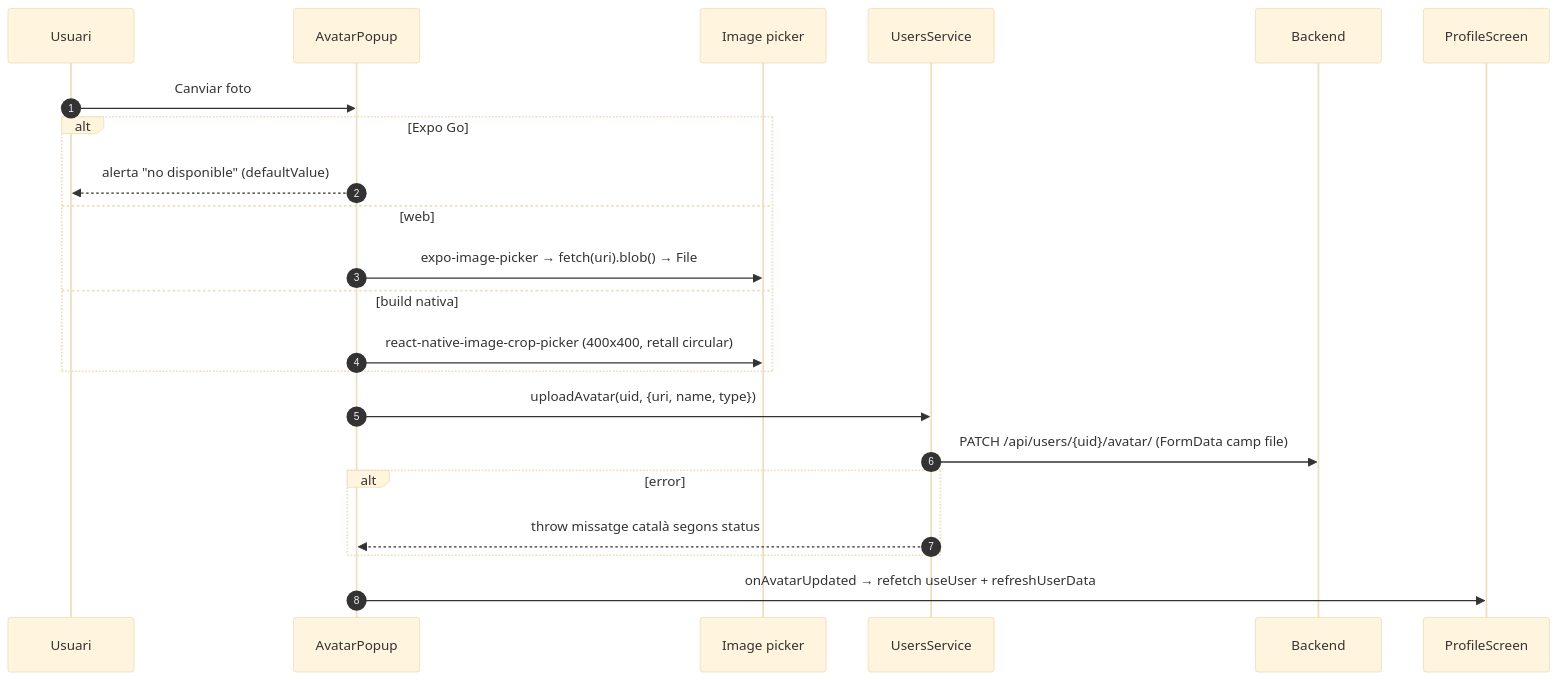
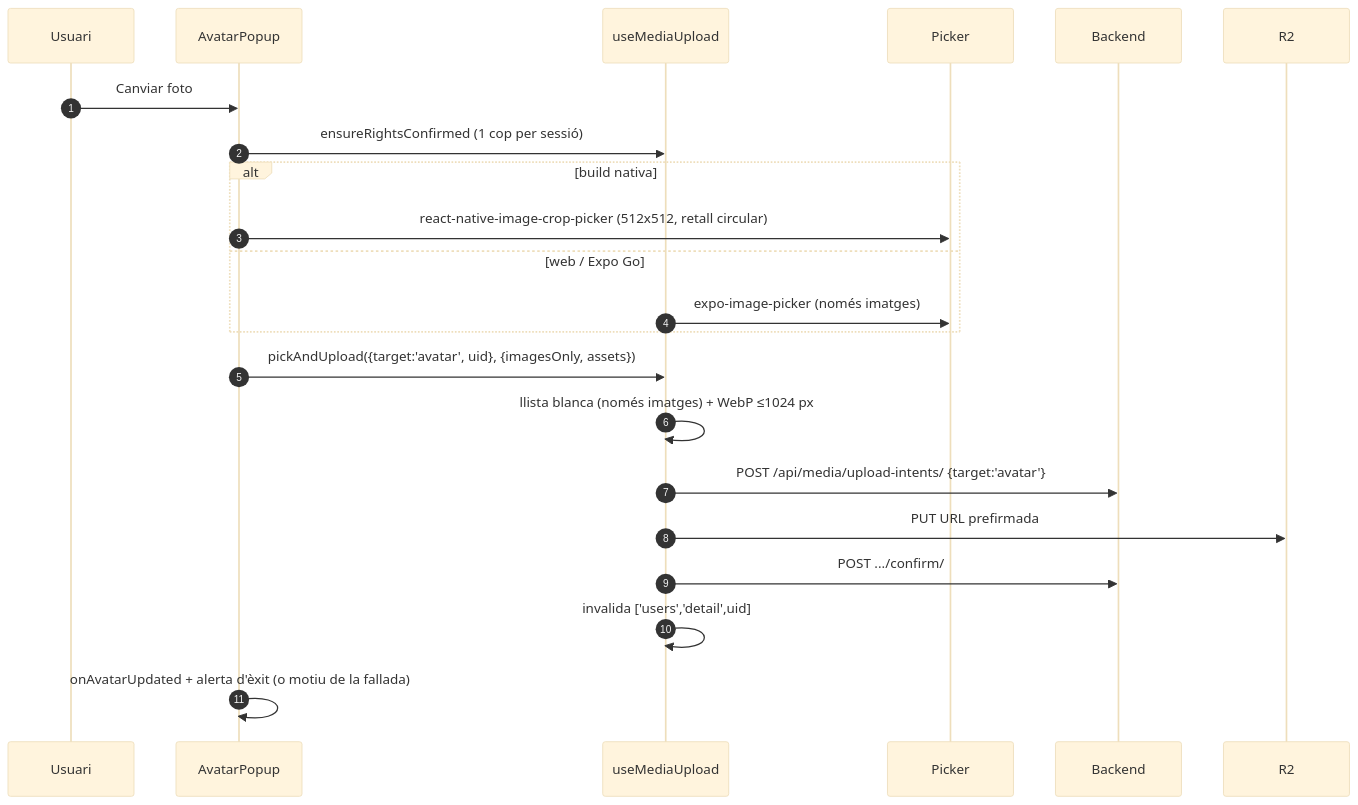
Before and after one commit to jordirev/RefugisLliures_Frontend: the first of 2 diagrams in docs/flows/03-profile-settings-account.md, drawn with Mermaid (base theme). The commit also changed other lines of this file and 9 other files, not shown here.

Commit message:
docs(images): fluxos 01/03/09/11, backend-api, experience-service, gotchas, deute i arquitectura

````diff
--- a/docs/flows/03-profile-settings-account.md
+++ b/docs/flows/03-profile-settings-account.md
@@ -18,25 +21,25 @@
 ```mermaid
 sequenceDiagram
     autonumber
     participant U as Usuari
     participant AP as AvatarPopup
-    participant PK as Image picker
-    participant US as UsersService
+    participant H as useMediaUpload
+    participant PK as Picker
     participant BE as Backend
-    participant PS as ProfileScreen
+    participant R2 as R2
 
     U->>AP: Canviar foto
-    alt Expo Go
-        AP-->>U: alerta "no disponible" (defaultValue)
-    else web
-        AP->>PK: expo-image-picker → fetch(uri).blob() → File
-    else build nativa
-        AP->>PK: react-native-image-crop-picker (400x400, retall circular)
+    AP->>H: ensureRightsConfirmed (1 cop per sessió)
+    alt build nativa
+        AP->>PK: react-native-image-crop-picker (512x512, retall circular)
+    else web / Expo Go
+        H->>PK: expo-image-picker (només imatges)
     end
-    AP->>US: uploadAvatar(uid, {uri, name, type})
-    US->>BE: PATCH /api/users/{uid}/avatar/ (FormData camp file)
-    alt error
-        US-->>AP: throw missatge català segons status
-    end
-    AP->>PS: onAvatarUpdated → refetch useUser + refreshUserData
+    AP->>H: pickAndUpload({target:'avatar', uid}, {imagesOnly, assets})
+    H->>H: llista blanca (només imatges) + WebP ≤1024 px
+    H->>BE: POST /api/media/upload-intents/ {target:'avatar'}
+    H->>R2: PUT URL prefirmada
+    H->>BE: POST .../confirm/
+    H->>H: invalida ['users','detail',uid]
+    AP->>AP: onAvatarUpdated + alerta d'èxit (o motiu de la fallada)
 ```
````
